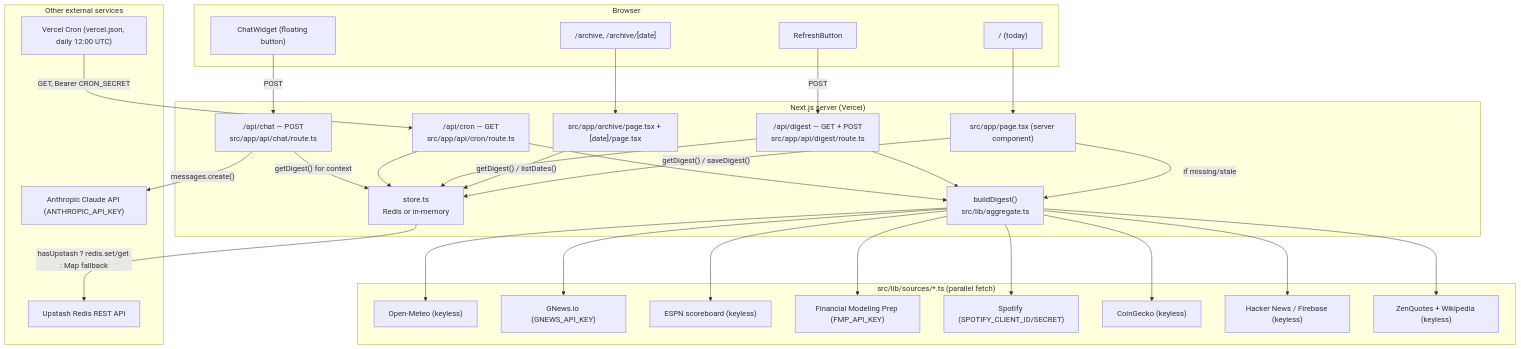
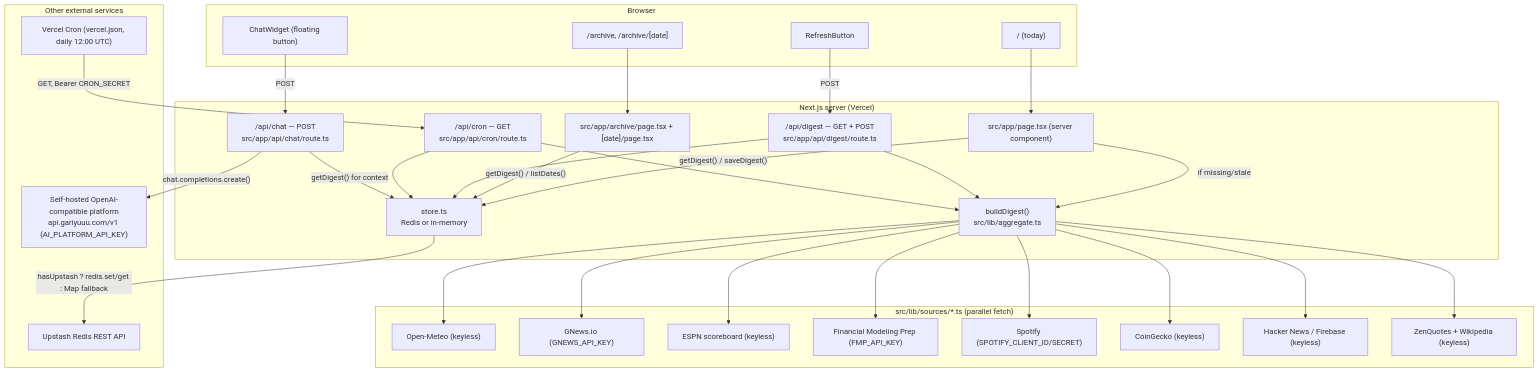
The diagram in ARCHITECTURE.md (Gariyuuu/daily-brief), drawn with Mermaid before and after one commit. The commit also changed other lines of this file and 12 other files, not shown here.

First line of the commit message:
docs: checkpoint pass — fix stale Anthropic->self-hosted chat refs, git state

````diff
--- a/ARCHITECTURE.md
+++ b/ARCHITECTURE.md
@@ -12,57 +24,57 @@
 ```mermaid
 flowchart TB
     subgraph Client["Browser"]
         Home["/ (today)"]
         Archive["/archive, /archive/[date]"]
         Chat["ChatWidget (floating button)"]
         Refresh["RefreshButton"]
     end
 
     subgraph NextServer["Next.js server (Vercel)"]
         HomePage["src/app/page.tsx (server component)"]
         ArchivePage["src/app/archive/page.tsx + [date]/page.tsx"]
         DigestAPI["/api/digest — GET + POST\nsrc/app/api/digest/route.ts"]
         CronAPI["/api/cron — GET\nsrc/app/api/cron/route.ts"]
         ChatAPI["/api/chat — POST\nsrc/app/api/chat/route.ts"]
         Aggregate["buildDigest()\nsrc/lib/aggregate.ts"]
         Store["store.ts\nRedis or in-memory"]
     end
 
     subgraph Sources["src/lib/sources/*.ts (parallel fetch)"]
         Weather["Open-Meteo (keyless)"]
         News["GNews.io (GNEWS_API_KEY)"]
         Sports["ESPN scoreboard (keyless)"]
         Stocks["Financial Modeling Prep (FMP_API_KEY)"]
         Music["Spotify (SPOTIFY_CLIENT_ID/SECRET)"]
         Crypto["CoinGecko (keyless)"]
         Tech["Hacker News / Firebase (keyless)"]
         Extra["ZenQuotes + Wikipedia (keyless)"]
     end
 
     subgraph External["Other external services"]
-        Anthropic["Anthropic Claude API (ANTHROPIC_API_KEY)"]
+        AIPlatform["Self-hosted OpenAI-compatible platform\napi.gariyuuu.com/v1 (AI_PLATFORM_API_KEY)"]
         Upstash["Upstash Redis REST API"]
         VercelCron["Vercel Cron (vercel.json, daily 12:00 UTC)"]
     end
 
     Home --> HomePage
     Archive --> ArchivePage
     Refresh -- "POST" --> DigestAPI
     Chat -- "POST" --> ChatAPI
 
     HomePage -- "getDigest() / saveDigest()" --> Store
     HomePage -- "if missing/stale" --> Aggregate
     ArchivePage -- "getDigest() / listDates()" --> Store
     DigestAPI --> Aggregate
     DigestAPI --> Store
     CronAPI --> Aggregate
     CronAPI --> Store
     VercelCron -- "GET, Bearer CRON_SECRET" --> CronAPI
 
     Aggregate --> Weather & News & Sports & Stocks & Music & Crypto & Tech & Extra
 
     Store -- "hasUpstash ? redis.set/get : Map fallback" --> Upstash
 
     ChatAPI -- "getDigest() for context" --> Store
-    ChatAPI -- "messages.create()" --> Anthropic
+    ChatAPI -- "chat.completions.create()" --> AIPlatform
 ```
````
